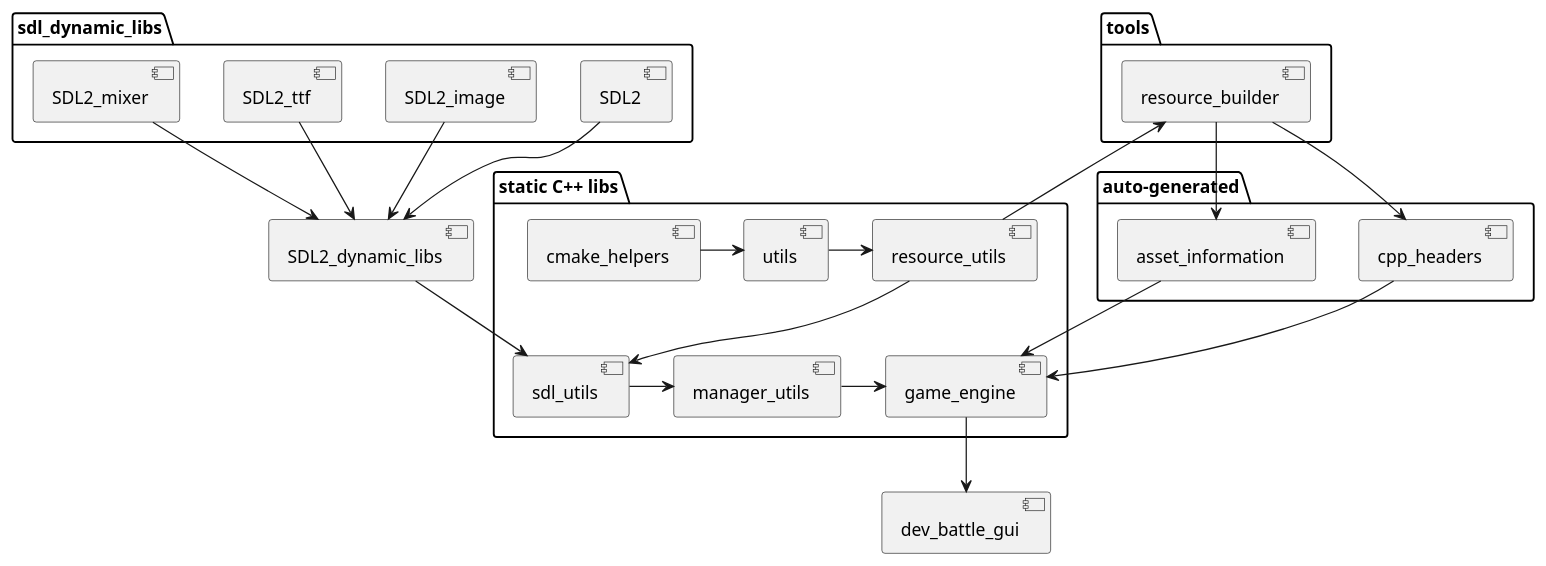
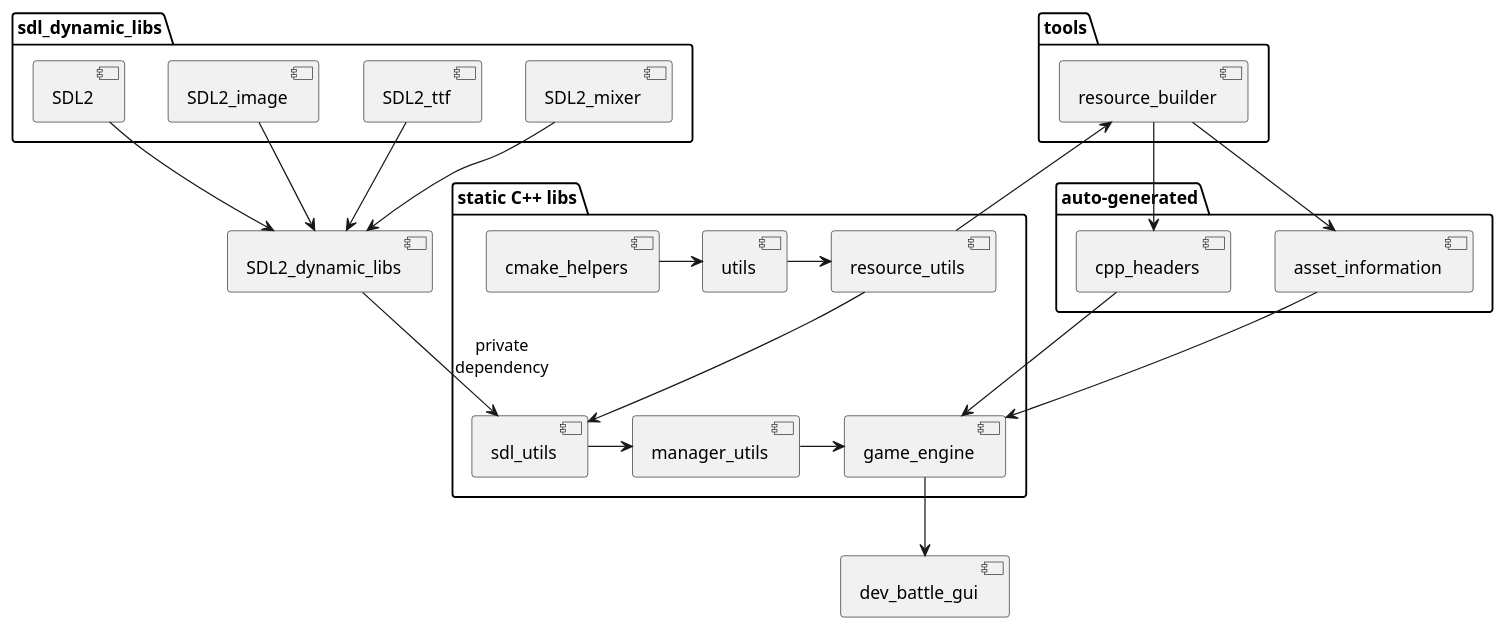
One commit to zhivkopetrov/dev_battle changed the diagram in doc/dev_battle_gui_hierarchy_diagram.plantuml. Above: the diagram before and after it, drawn with PlantUML. The commit also changed 1 other file, not shown here.

Commit message:
docs: update dependency diagram

```diff
--- a/doc/dev_battle_gui_hierarchy_diagram.plantuml
+++ b/doc/dev_battle_gui_hierarchy_diagram.plantuml
@@ -1,54 +1,54 @@
 @startuml
 package "static C++ libs" {
   [cmake_helpers]
   [utils]
   [resource_utils]
   [sdl_utils]
   [manager_utils]
   [game_engine]
 }
 
 package "tools" {
   [resource_builder]
 }
 
 package "auto-generated" {
   [cpp_headers]
   [asset_information]
 }
 
 package "sdl_dynamic_libs" {
   [SDL2]
   [SDL2_image]
   [SDL2_ttf]
   [SDL2_mixer]
 }
 
 [SDL2_dynamic_libs]
 
 [dev_battle_gui]
 
 ' START libs & tools
 cmake_helpers -> utils
 utils -> resource_utils
 resource_utils --> sdl_utils
 sdl_utils -> manager_utils
 manager_utils -> game_engine
 
 resource_utils --> resource_builder
 resource_builder --> asset_information
 resource_builder --> cpp_headers
 asset_information --> game_engine
 cpp_headers --> game_engine
 ' END libs & tools
 
 game_engine --> dev_battle_gui
 
 SDL2 --> SDL2_dynamic_libs
 SDL2_image --> SDL2_dynamic_libs
 SDL2_ttf --> SDL2_dynamic_libs
 SDL2_mixer --> SDL2_dynamic_libs
 
-SDL2_dynamic_libs --> sdl_utils
+SDL2_dynamic_libs --> sdl_utils : private\ndependency
 
 @enduml
```
